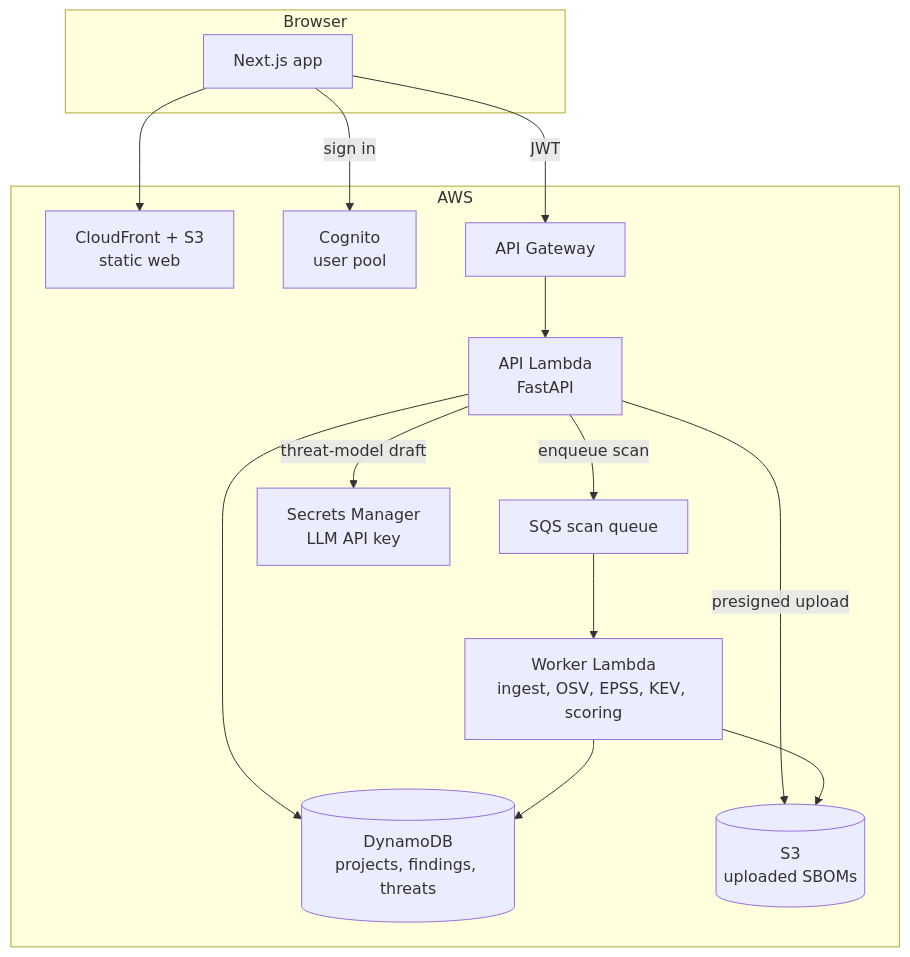
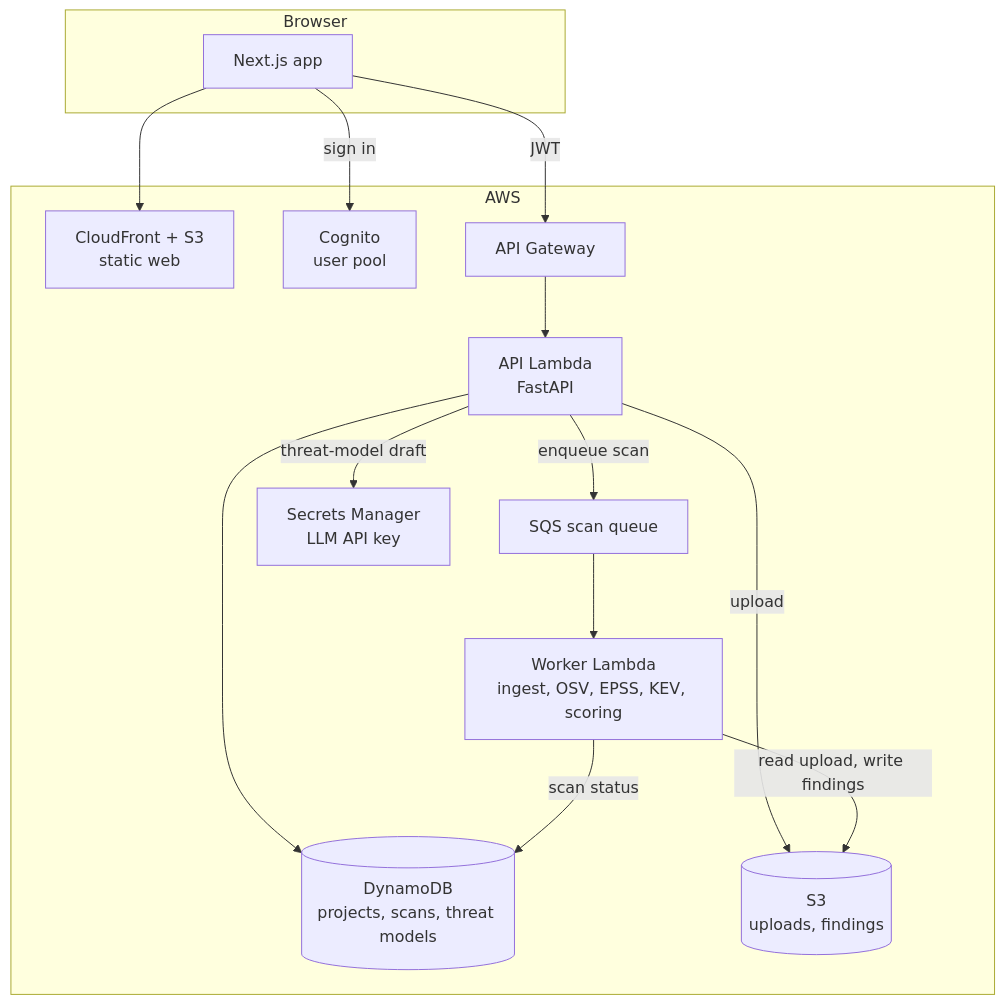
One commit to AnoushahWasif/threatlens changed the second of 3 diagrams in docs/ARCHITECTURE.md. Above: the diagram before and after it, drawn with Mermaid. The commit also changed other lines of this file and 18 other files, not shown here.

````diff
--- a/docs/ARCHITECTURE.md
+++ b/docs/ARCHITECTURE.md
@@ -21,26 +21,26 @@
 ```mermaid
 flowchart TB
     subgraph Browser
         WEB[Next.js app]
     end
     subgraph AWS
         CF[CloudFront + S3<br/>static web]
         COG[Cognito<br/>user pool]
         APIGW[API Gateway]
         API[API Lambda<br/>FastAPI]
         Q[SQS scan queue]
         W[Worker Lambda<br/>ingest, OSV, EPSS, KEV, scoring]
-        DB[(DynamoDB<br/>projects, findings, threats)]
-        S3U[(S3<br/>uploaded SBOMs)]
+        DB[(DynamoDB<br/>projects, scans, threat models)]
+        S3U[(S3<br/>uploads, findings)]
         SM[Secrets Manager<br/>LLM API key]
     end
     WEB --> CF
     WEB -->|sign in| COG
     WEB -->|JWT| APIGW --> API
     API --> DB
-    API -->|presigned upload| S3U
+    API -->|upload| S3U
     API -->|enqueue scan| Q --> W
-    W --> S3U
-    W --> DB
+    W -->|read upload, write findings| S3U
+    W -->|scan status| DB
     API -->|threat-model draft| SM
 ```
````
